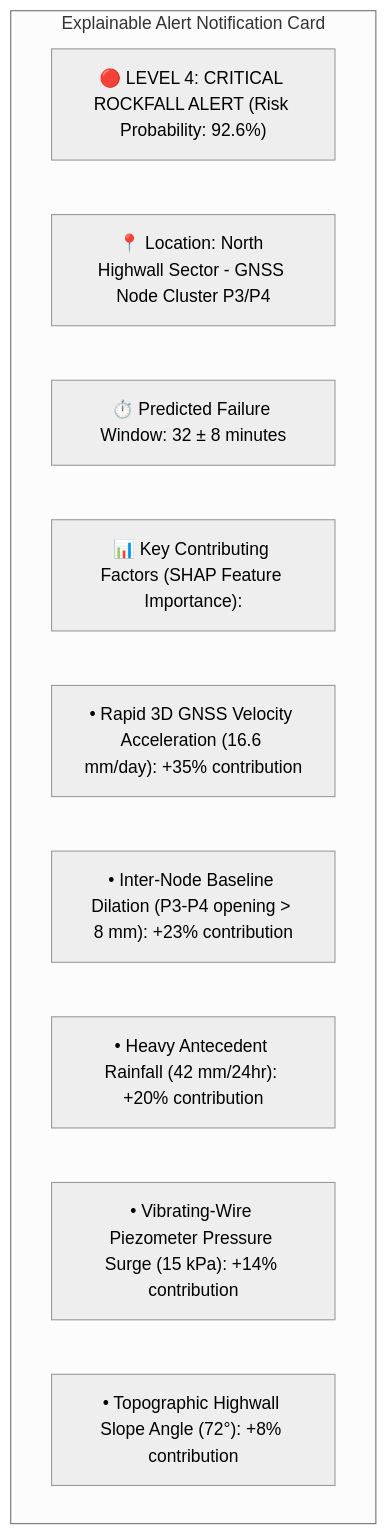
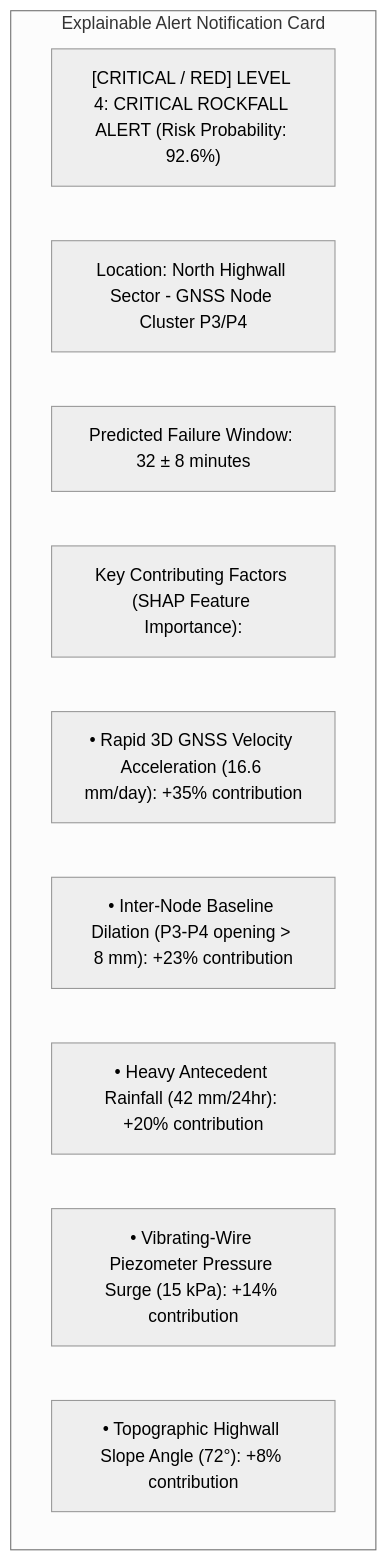
One commit to angelverman2021-a11y/Report changed diagram 15 of 18 in docs/05_GNSS_GPS_Monitoring.md. Above: the diagram before and after it, drawn with Mermaid (neutral theme). The commit also changed other lines of this file and 32 other files, not shown here.

````diff
--- a/docs/05_GNSS_GPS_Monitoring.md
+++ b/docs/05_GNSS_GPS_Monitoring.md
@@ -587,14 +587,14 @@
 ```mermaid
 graph TD
-    subgraph Explainable Alert Notification Card
-        A["🔴 LEVEL 4: CRITICAL ROCKFALL ALERT (Risk Probability: 92.6%)"]
-        B["📍 Location: North Highwall Sector - GNSS Node Cluster P3/P4"]
-        C["⏱️ Predicted Failure Window: 32 ± 8 minutes"]
-        D["📊 Key Contributing Factors (SHAP Feature Importance):"]
-        D1["• Rapid 3D GNSS Velocity Acceleration (16.6 mm/day): +35% contribution"]
-        D2["• Inter-Node Baseline Dilation (P3-P4 opening > 8 mm): +23% contribution"]
-        D3["• Heavy Antecedent Rainfall (42 mm/24hr): +20% contribution"]
-        D4["• Vibrating-Wire Piezometer Pressure Surge (15 kPa): +14% contribution"]
-        D5["• Topographic Highwall Slope Angle (72°): +8% contribution"]
-    end
+ subgraph Explainable Alert Notification Card
+ A["[CRITICAL / RED] LEVEL 4: CRITICAL ROCKFALL ALERT (Risk Probability: 92.6%)"]
+ B[" Location: North Highwall Sector - GNSS Node Cluster P3/P4"]
+ C[" Predicted Failure Window: 32 ± 8 minutes"]
+ D[" Key Contributing Factors (SHAP Feature Importance):"]
+ D1["• Rapid 3D GNSS Velocity Acceleration (16.6 mm/day): +35% contribution"]
+ D2["• Inter-Node Baseline Dilation (P3-P4 opening > 8 mm): +23% contribution"]
+ D3["• Heavy Antecedent Rainfall (42 mm/24hr): +20% contribution"]
+ D4["• Vibrating-Wire Piezometer Pressure Surge (15 kPa): +14% contribution"]
+ D5["• Topographic Highwall Slope Angle (72°): +8% contribution"]
+ end
 ```
````
